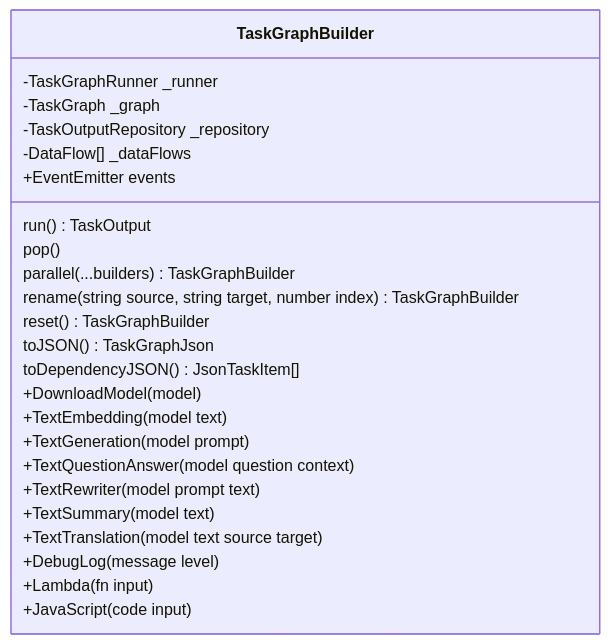
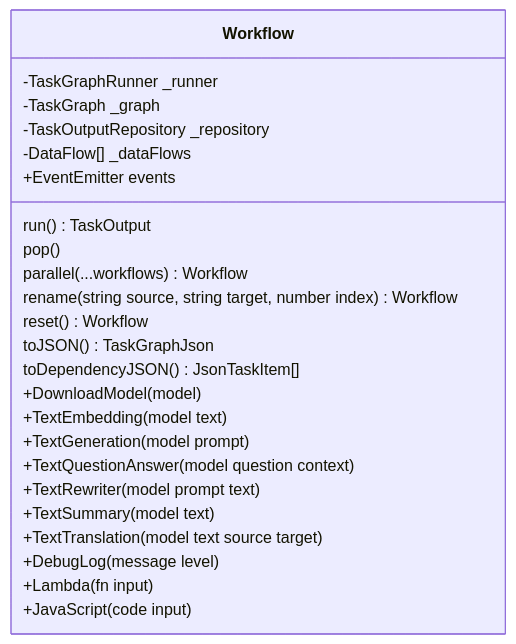
Before and after one commit to PodleyAI/podley: the fifth of 5 diagrams in docs/developers/02_architecture.md, drawn with Mermaid. The commit also changed other lines of this file and 36 other files, not shown here.

First line of the commit message:
refactor: Rename TaskGraphBuilder to Workflow

````diff
--- a/docs/developers/02_architecture.md
+++ b/docs/developers/02_architecture.md
@@ -290,29 +290,29 @@
 ```mermaid
 classDiagram
 
-  class TaskGraphBuilder{
+  class Workflow{
     -TaskGraphRunner _runner
     -TaskGraph _graph
     -TaskOutputRepository _repository
     -DataFlow[] _dataFlows
     +EventEmitter events
     run() TaskOutput
     pop()
-    parallel(...builders) TaskGraphBuilder
-    rename(string source, string target, number index) TaskGraphBuilder
-    reset() TaskGraphBuilder
+    parallel(...workflows) Workflow
+    rename(string source, string target, number index) Workflow
+    reset() Workflow
     toJSON() TaskGraphJson
     toDependencyJSON() JsonTaskItem[]
     +DownloadModel(model)
     +TextEmbedding(model text)
     +TextGeneration(model prompt)
     +TextQuestionAnswer(model question context)
     +TextRewriter(model prompt text)
     +TextSummary(model text)
     +TextTranslation(model text source target)
     +DebugLog(message level)
     +Lambda(fn input)
     +JavaScript(code input)
   }
 
 ```
````
